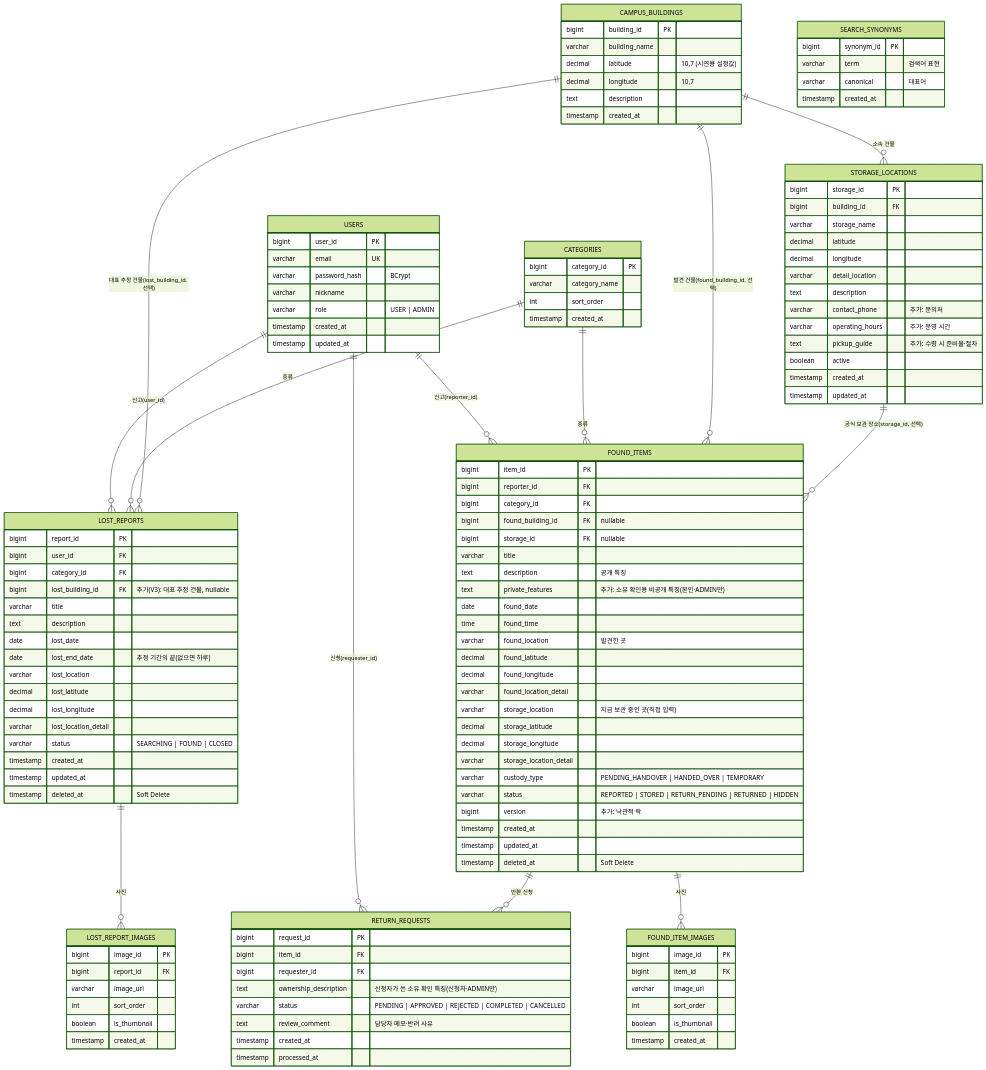
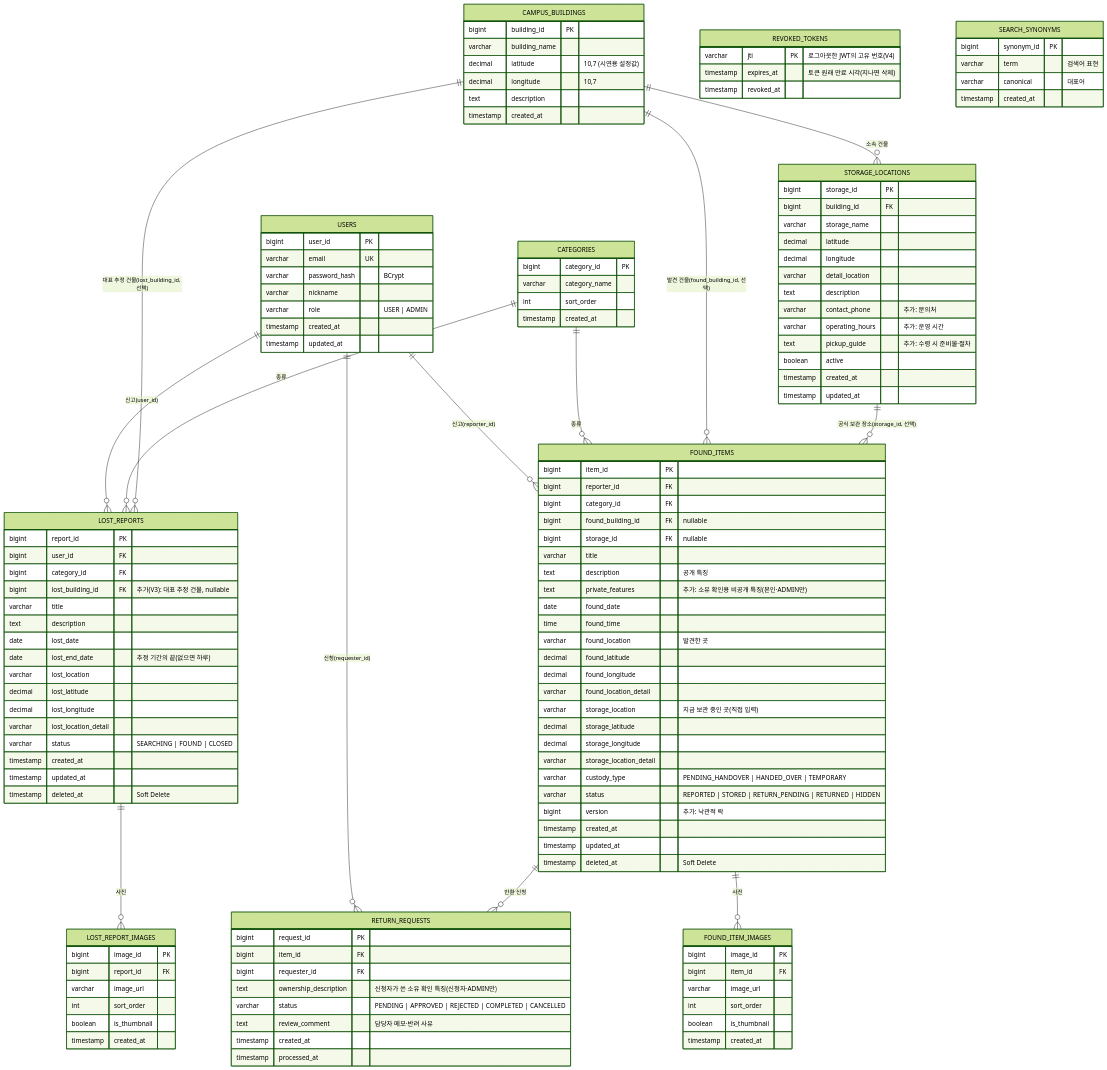
One commit to bestash1278/That-s-Mine changed the diagram in docs/ERD.md. Above: the diagram before and after it, drawn with Mermaid (forest theme). The commit also changed other lines of this file and 31 other files, not shown here.

```diff
--- a/docs/ERD.md
+++ b/docs/ERD.md
@@ -125,6 +125,11 @@
         timestamp created_at
         timestamp processed_at
     }
+    REVOKED_TOKENS {
+        varchar jti PK "로그아웃한 JWT의 고유 번호(V4)"
+        timestamp expires_at "토큰 원래 만료 시각(지나면 삭제)"
+        timestamp revoked_at
+    }
     SEARCH_SYNONYMS {
         bigint synonym_id PK
         varchar term "검색어 표현"
```
